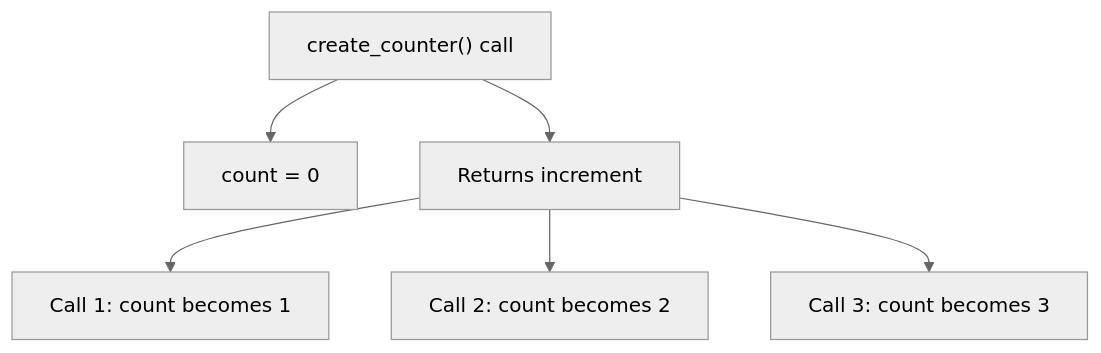
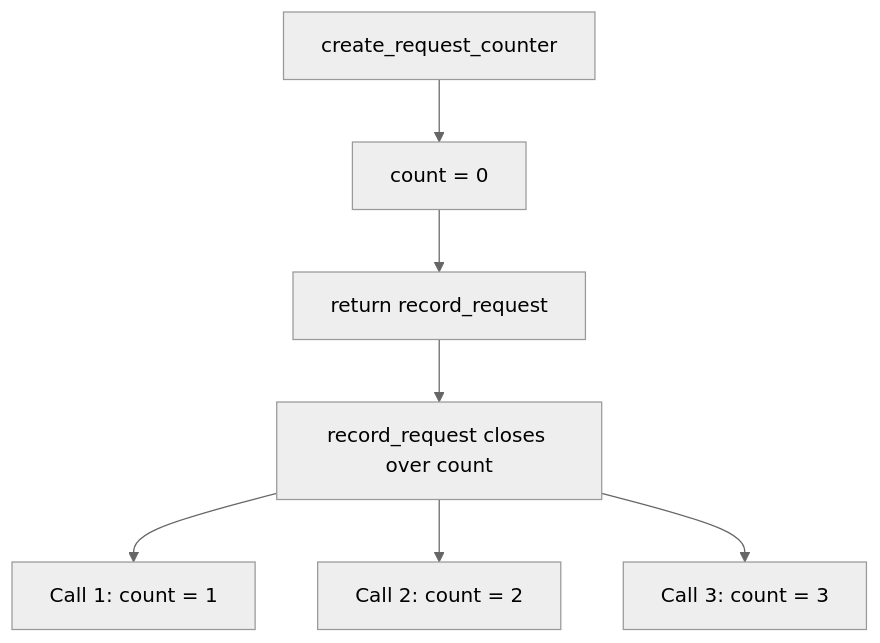
The third of 3 diagrams in src/content/python/closures-scope-legb.md (AvadhBhalodiya/Interview-Preparation), drawn with Mermaid (neutral theme) before and after one commit. The commit also changed other lines of this file and 80 other files, not shown here.

````diff
--- a/src/content/python/closures-scope-legb.md
+++ b/src/content/python/closures-scope-legb.md
@@ -363,8 +382,9 @@
 ```mermaid
 flowchart TD
-    CALL["create_counter() call"] --> COUNT["count = 0"]
-    CALL --> INC[Returns increment]
-    INC --> C1["Call 1: count becomes 1"]
-    INC --> C2["Call 2: count becomes 2"]
-    INC --> C3["Call 3: count becomes 3"]
+    A[create_request_counter] --> B[count = 0]
+    B --> C[return record_request]
+    C --> D[record_request closes over count]
+    D --> E[Call 1: count = 1]
+    D --> F[Call 2: count = 2]
+    D --> G[Call 3: count = 3]
 ```
````
